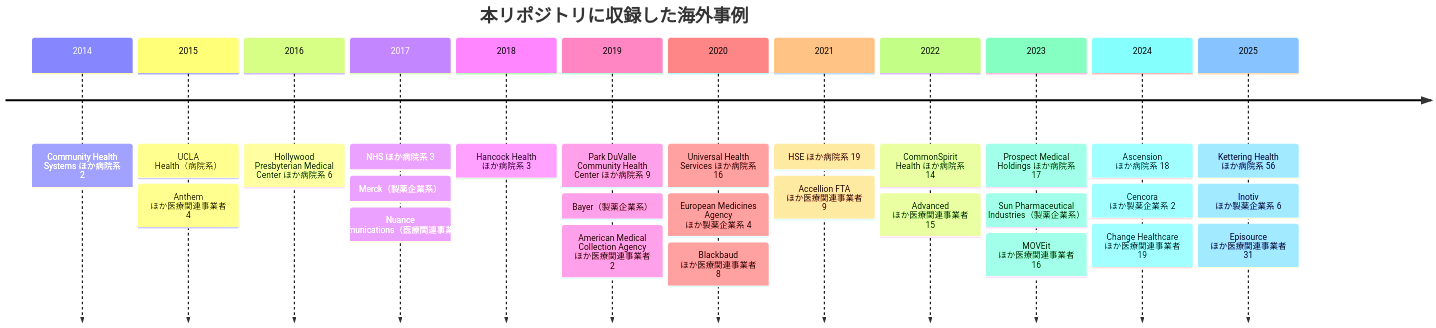
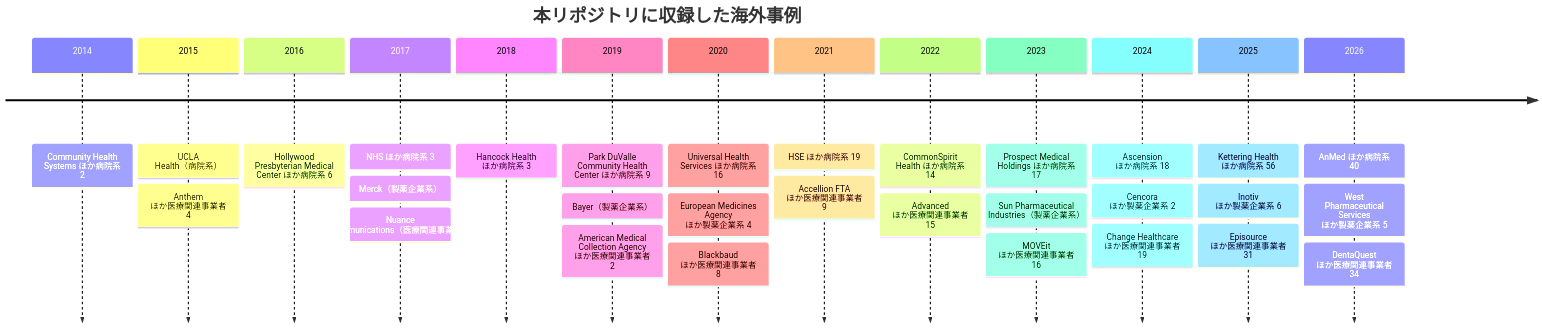
One commit to scgajge12/awesome-healthcare-security changed the diagram in docs/threats/incidents/global/README.md. Above: the diagram before and after it, drawn with Mermaid. The commit also changed other lines of this file and 7 other files, not shown here.

````diff
--- a/docs/threats/incidents/global/README.md
+++ b/docs/threats/incidents/global/README.md
@@ -22,16 +22,17 @@
 ```mermaid
 timeline
     title 本リポジトリに収録した海外事例
     2014 : Community Health Systems ほか病院系 2
     2015 : UCLA Health（病院系） : Anthem ほか医療関連事業者 4
     2016 : Hollywood Presbyterian Medical Center ほか病院系 6
     2017 : NHS ほか病院系 3 : Merck（製薬企業系） : Nuance Communications（医療関連事業者）
     2018 : Hancock Health ほか病院系 3
     2019 : Park DuValle Community Health Center ほか病院系 9 : Bayer（製薬企業系） : American Medical Collection Agency ほか医療関連事業者 2
     2020 : Universal Health Services ほか病院系 16 : European Medicines Agency ほか製薬企業系 4 : Blackbaud ほか医療関連事業者 8
     2021 : HSE ほか病院系 19 : Accellion FTA ほか医療関連事業者 9
     2022 : CommonSpirit Health ほか病院系 14 : Advanced ほか医療関連事業者 15
     2023 : Prospect Medical Holdings ほか病院系 17 : Sun Pharmaceutical Industries（製薬企業系） : MOVEit ほか医療関連事業者 16
     2024 : Ascension ほか病院系 18 : Cencora ほか製薬企業系 2 : Change Healthcare ほか医療関連事業者 19
     2025 : Kettering Health ほか病院系 56 : Inotiv ほか製薬企業系 6 : Episource ほか医療関連事業者 31
+    2026 : AnMed ほか病院系 40 : West Pharmaceutical Services ほか製薬企業系 5 : DentaQuest ほか医療関連事業者 34
 ```
````
